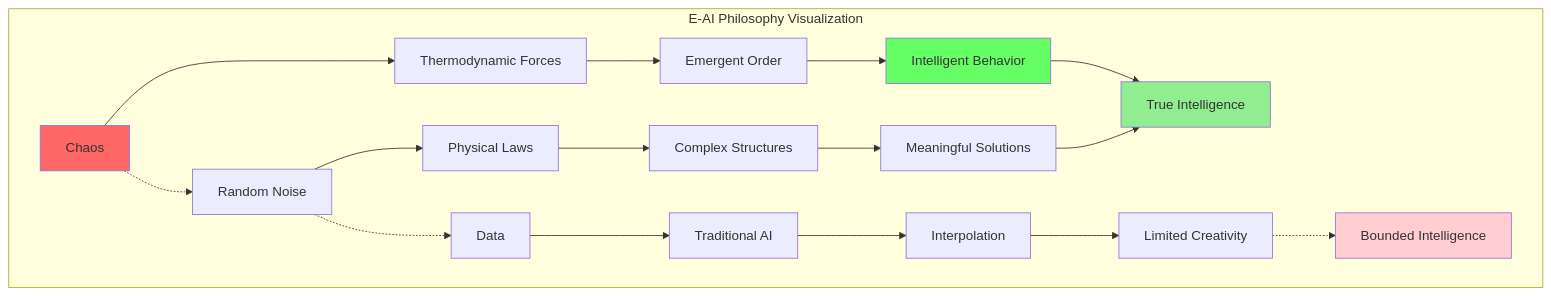
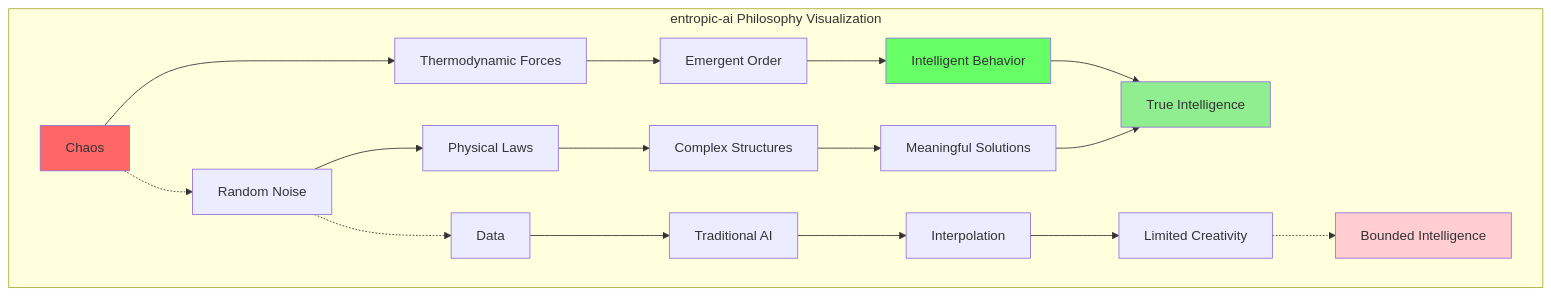
One commit to krish567366/Entropic-AI changed diagram 32 of 32 in docs/about/paper.md. Above: the diagram before and after it, drawn with Mermaid. The commit also changed other lines of this file and 37 other files, not shown here.

````diff
--- a/docs/about/paper.md
+++ b/docs/about/paper.md
@@ -1047,28 +1047,28 @@
 ```mermaid
 graph TB
-    subgraph "E-AI Philosophy Visualization"
+    subgraph "entropic-ai Philosophy Visualization"
         A["Chaos"] --> B["Thermodynamic Forces"]
         B --> C["Emergent Order"]
         C --> D["Intelligent Behavior"]
         
         E["Random Noise"] --> F["Physical Laws"]
         F --> G["Complex Structures"]
         G --> H["Meaningful Solutions"]
         
         I["Data"] --> J["Traditional AI"]
         J --> K["Interpolation"]
         K --> L["Limited Creativity"]
         
         A -.-> E
         E -.-> I
         
         D --> M["True Intelligence"]
         H --> M
         L -.-> N["Bounded Intelligence"]
     end
     
     style M fill:#90EE90
     style N fill:#ffcdd2
     style A fill:#ff6666
     style D fill:#66ff66
 ```
````
